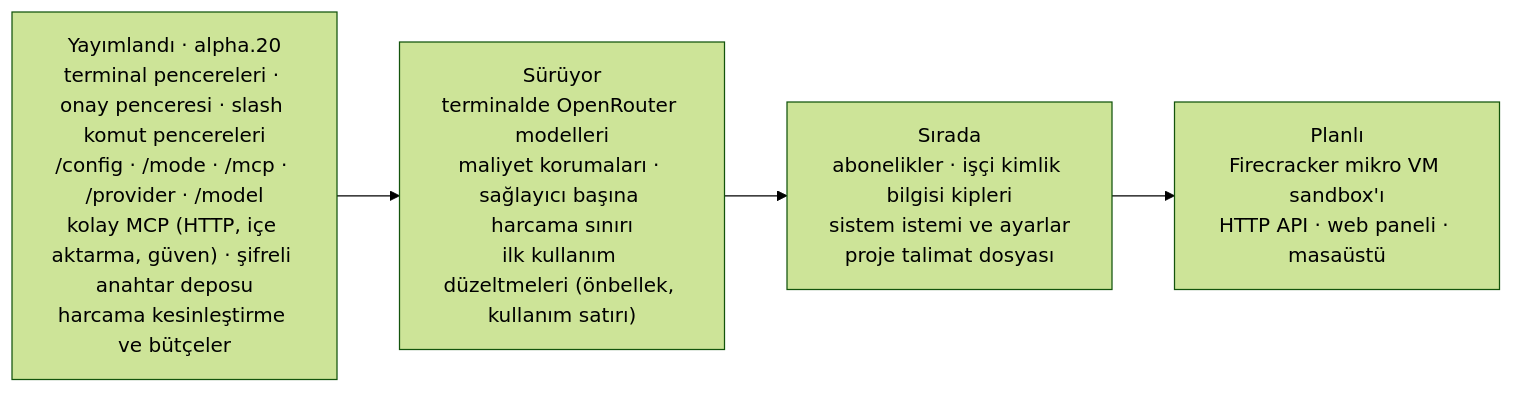
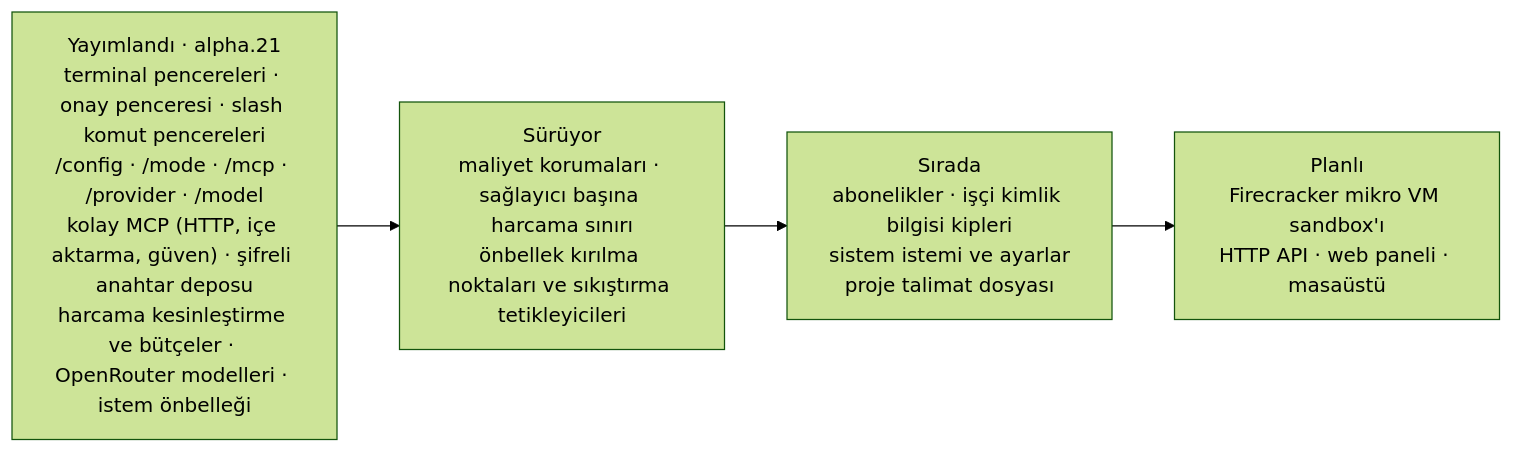
One commit to Verhex/deckent-next changed the fifth of 5 diagrams in README.tr.md. Above: the diagram before and after it, drawn with Mermaid (forest theme). The commit also changed other lines of this file and 8 other files, not shown here.

First line of the commit message:
docs: alpha.21 landing reconciliation (PR #60; OpenRouter, first-test fixes, cache slice 1 completed; CACHE-SLICE2 row; architecture labels)

````diff
--- a/README.tr.md
+++ b/README.tr.md
@@ -289,6 +294,6 @@
 ```mermaid
 flowchart LR
-  L["Yayımlandı · alpha.20<br/>terminal pencereleri · onay penceresi · slash komut pencereleri<br/>/config · /mode · /mcp · /provider · /model<br/>kolay MCP (HTTP, içe aktarma, güven) · şifreli anahtar deposu<br/>harcama kesinleştirme ve bütçeler"] --> P["Sürüyor<br/>terminalde OpenRouter modelleri<br/>maliyet korumaları · sağlayıcı başına harcama sınırı<br/>ilk kullanım düzeltmeleri (önbellek, kullanım satırı)"]
+  L["Yayımlandı · alpha.21<br/>terminal pencereleri · onay penceresi · slash komut pencereleri<br/>/config · /mode · /mcp · /provider · /model<br/>kolay MCP (HTTP, içe aktarma, güven) · şifreli anahtar deposu<br/>harcama kesinleştirme ve bütçeler · OpenRouter modelleri · istem önbelleği"] --> P["Sürüyor<br/>maliyet korumaları · sağlayıcı başına harcama sınırı<br/>önbellek kırılma noktaları ve sıkıştırma tetikleyicileri"]
   P --> N["Sırada<br/>abonelikler · işçi kimlik bilgisi kipleri<br/>sistem istemi ve ayarlar<br/>proje talimat dosyası"]
   N --> F["Planlı<br/>Firecracker mikro VM sandbox'ı<br/>HTTP API · web paneli · masaüstü"]
 ```
````
